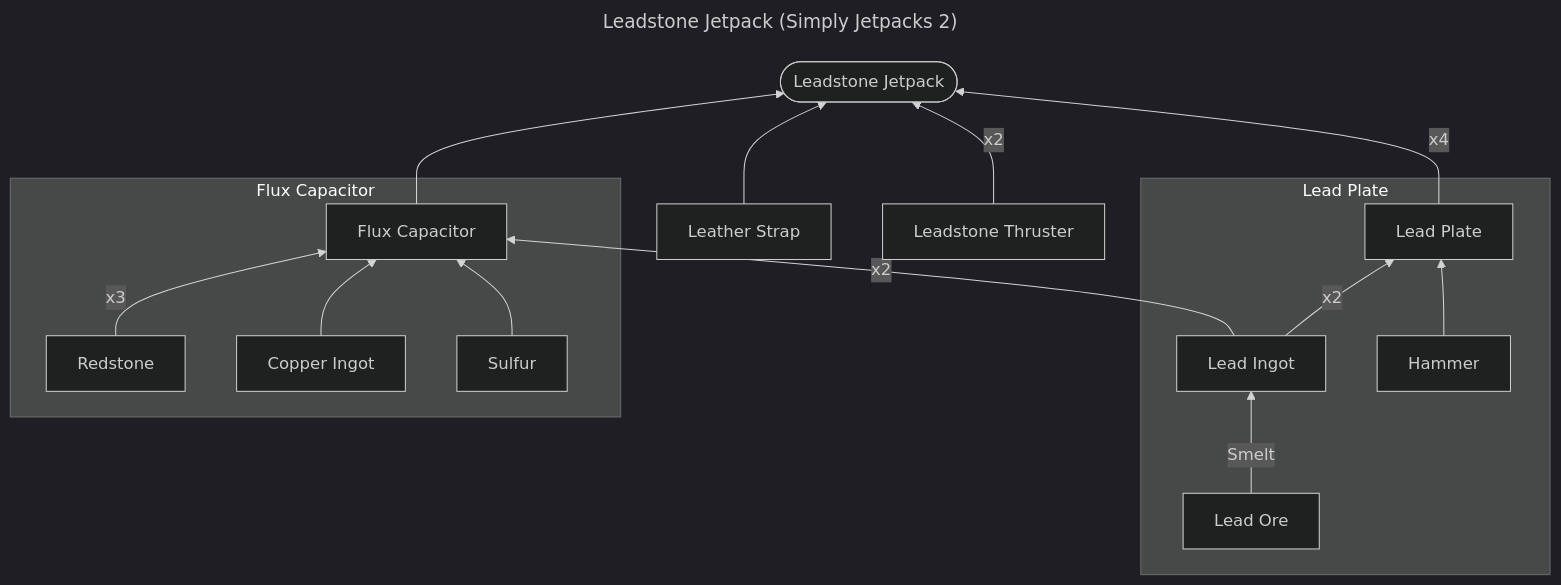
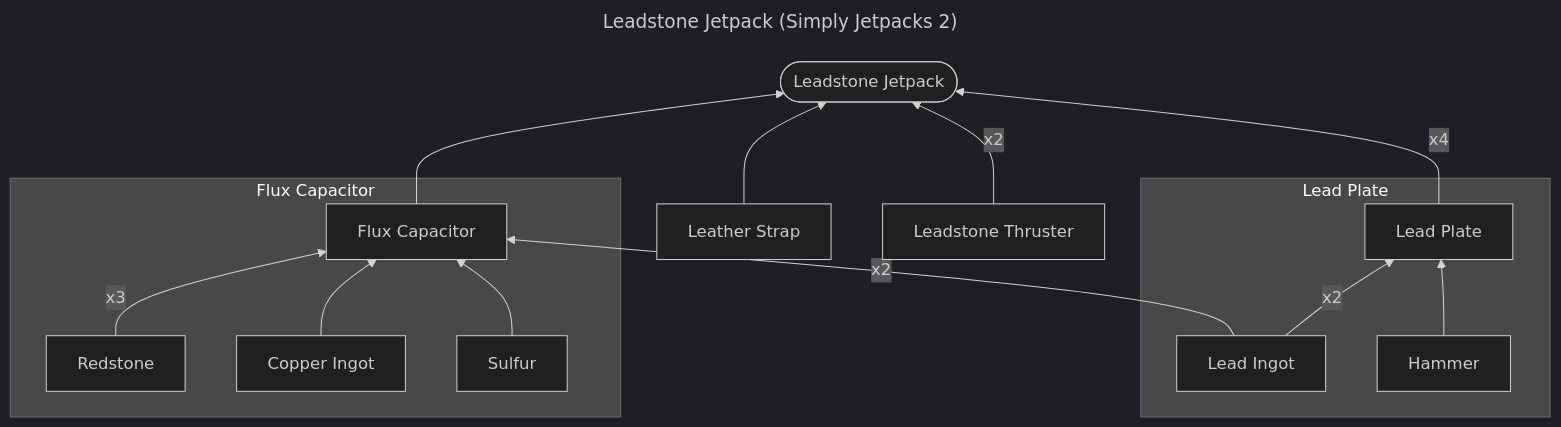
One commit to res0nat0r/minecraft changed the diagram in leadstone-backpack.md. Above: the diagram before and after it, drawn with Mermaid (dark theme).

````diff
--- a/leadstone-backpack.md
+++ b/leadstone-backpack.md
@@ -1,32 +1,31 @@
 ```mermaid
 ---
 title: Leadstone Jetpack (Simply Jetpacks 2)
 ---
 
 flowchart BT
 
 leadstone-jetpack([Leadstone Jetpack])
 
 %% Tier 1
 lead-plate[Lead Plate] --> |x4| leadstone-jetpack
 flux-capacitor[Flux Capacitor] --> leadstone-jetpack
 leather-strap[Leather Strap] --> leadstone-jetpack
 leadstone-thruster[Leadstone Thruster]--> |x2| leadstone-jetpack
 
 %% Lead Plate
 subgraph sg-lead-plate [Lead Plate]
     lead-ingot[Lead Ingot] --> |x2| lead-plate
     hammer[Hammer] --> lead-plate
-    lead-ore[Lead Ore] -->|Smelt| lead-ingot
 end
 
 %% Flux Capacitor
 subgraph sg-flux-capacitor [Flux Capacitor]
     lead-ingot --> |x2| flux-capacitor
     redstone[Redstone] --> |x3| flux-capacitor
     copper-ingot[Copper Ingot] --> flux-capacitor
     sulfur[Sulfur] --> flux-capacitor
 end
     
 
 ```
````
